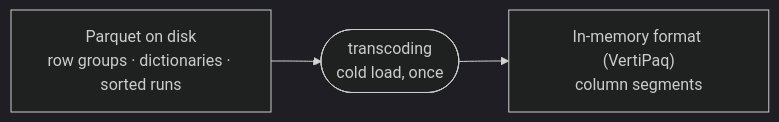
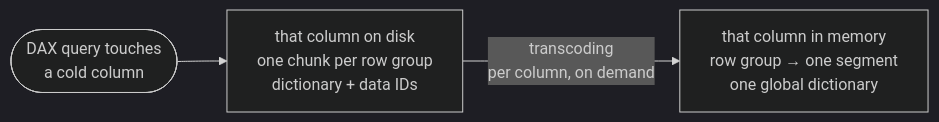
One commit to djouallah/duckrun changed the diagram in docs/parquet-layout.md. Above: the diagram before and after it, drawn with Mermaid (dark theme). The commit also changed other lines of this file, not shown here.

Commit message:
docs: transcoding is per column on demand; ground cold/hot row-group numbers

````diff
--- a/docs/parquet-layout.md
+++ b/docs/parquet-layout.md
@@ -15,7 +15,5 @@
 ```mermaid
 flowchart LR
-    disk["Parquet on disk<br/>row groups · dictionaries · sorted runs"]
-    t(["transcoding<br/>cold load, once"])
-    mem["In-memory format (VertiPaq)<br/>column segments"]
-    disk --> t --> mem
+    q(["DAX query touches<br/>a cold column"]) --> chunks
+    chunks["that column on disk<br/>one chunk per row group<br/>dictionary + data IDs"] -->|"transcoding<br/>per column, on demand"| seg["that column in memory<br/>row group → one segment<br/>one global dictionary"]
 ```
````
